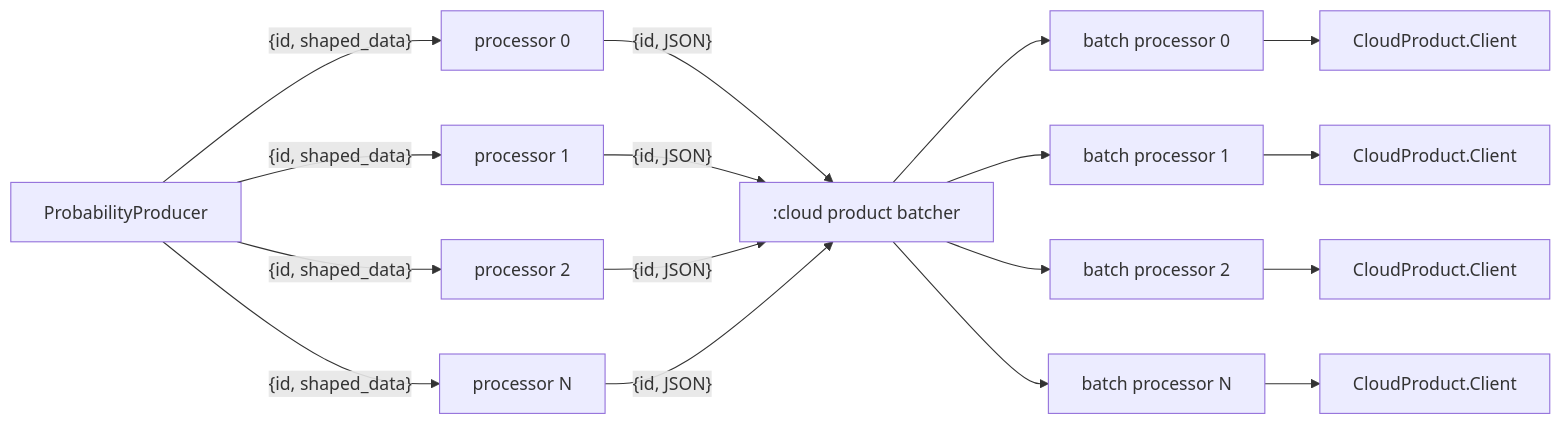
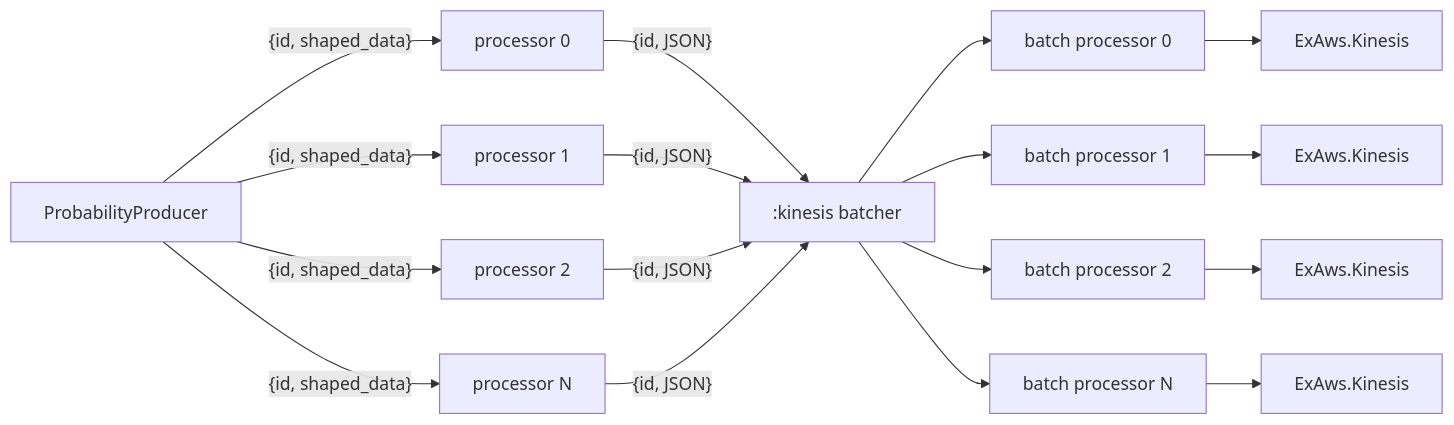
Before and after one commit to andrewoswald/off_broadway_offerings: the ninth of 9 diagrams in README.md, drawn with Mermaid. The commit also changed other lines of this file, not shown here.

````diff
--- a/README.md
+++ b/README.md
@@ -201,8 +204,8 @@
 ```mermaid
 flowchart LR
-  ProbabilityProducer-->|"{id, shaped_data}"|p0[processor 0] & p1[processor 1] & p2[processor 2] & pn[processor N]-->|"{id, JSON}"|batcher[:cloud product batcher]
-  batcher[:cloud product batcher] --> bp0[batch processor 0] -->pp0[CloudProduct.Client]
-  batcher[:cloud product batcher] --> bp1[batch processor 1] -->pp1[CloudProduct.Client]
-  batcher[:cloud product batcher] --> bp2[batch processor 2] -->pp2[CloudProduct.Client]
-  batcher[:cloud product batcher] --> bpn[batch processor N] -->pp3[CloudProduct.Client]
+  ProbabilityProducer-->|"{id, shaped_data}"|p0[processor 0] & p1[processor 1] & p2[processor 2] & pn[processor N]-->|"{id, JSON}"|batcher[:kinesis batcher]
+  batcher[:kinesis batcher] --> bp0[batch processor 0] -->pp0[ExAws.Kinesis]
+  batcher[:kinesis batcher] --> bp1[batch processor 1] -->pp1[ExAws.Kinesis]
+  batcher[:kinesis batcher] --> bp2[batch processor 2] -->pp2[ExAws.Kinesis]
+  batcher[:kinesis batcher] --> bpn[batch processor N] -->pp3[ExAws.Kinesis]
 ```
````
